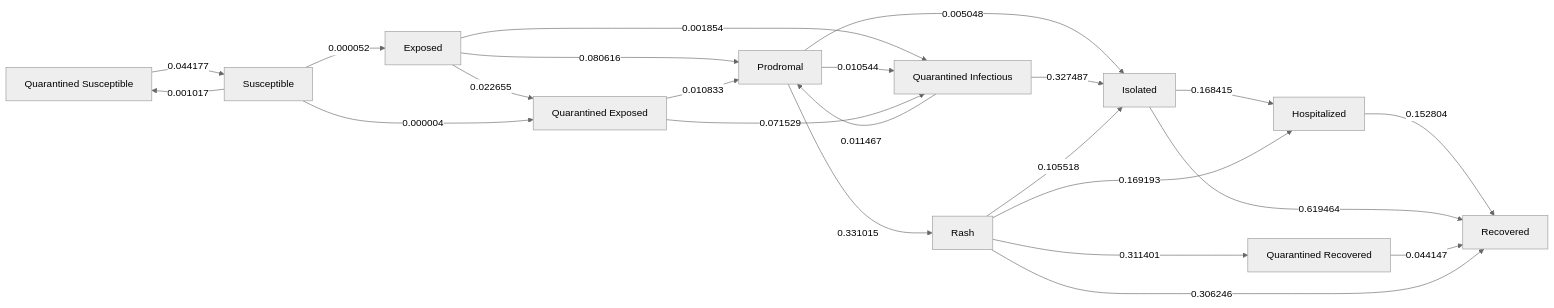
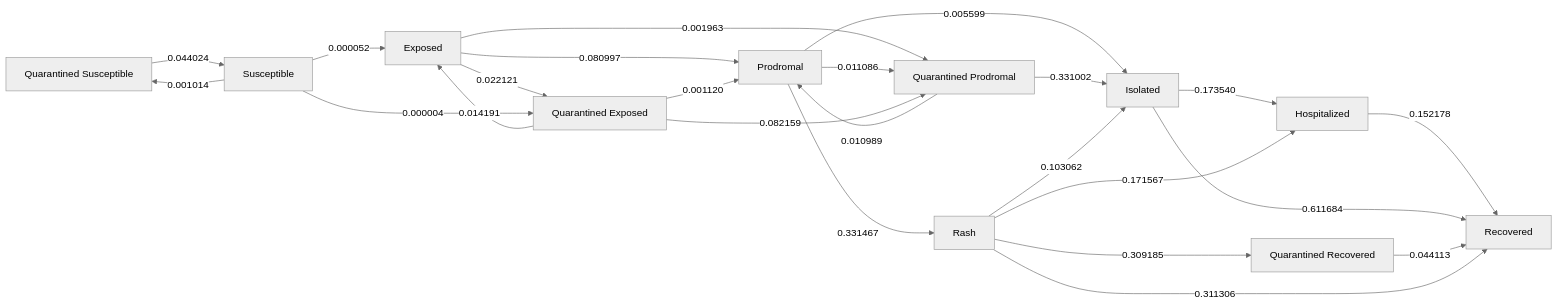
Before and after one commit to EpiForeSITE/epiworld-measles: the diagram in school_quarantine/edgemont_92_npi.md, drawn with Mermaid (neutral theme). The commit also changed other lines of this file and 20 other files, not shown here.

````diff
--- a/school_quarantine/edgemont_92_npi.md
+++ b/school_quarantine/edgemont_92_npi.md
@@ -135,37 +135,38 @@
 ``` mermaid
 flowchart LR
     s0[Exposed]
     s1[Hospitalized]
     s2[Isolated]
     s3[Prodromal]
     s4[Quarantined Exposed]
-    s5[Quarantined Infectious]
+    s5[Quarantined Prodromal]
     s6[Quarantined Recovered]
     s7[Quarantined Susceptible]
     s8[Rash]
     s9[Recovered]
     s10[Susceptible]
-    s0 -->|0.080616| s3
-    s0 -->|0.022655| s4
-    s0 -->|0.001854| s5
-    s1 -->|0.152804| s9
-    s2 -->|0.168415| s1
-    s2 -->|0.619464| s9
-    s3 -->|0.005048| s2
-    s3 -->|0.010544| s5
-    s3 -->|0.331015| s8
-    s4 -->|0.010833| s3
-    s4 -->|0.071529| s5
-    s5 -->|0.327487| s2
-    s5 -->|0.011467| s3
-    s6 -->|0.044147| s9
-    s7 -->|0.044177| s10
-    s8 -->|0.169193| s1
-    s8 -->|0.105518| s2
-    s8 -->|0.311401| s6
-    s8 -->|0.306246| s9
+    s0 -->|0.080997| s3
+    s0 -->|0.022121| s4
+    s0 -->|0.001963| s5
+    s1 -->|0.152178| s9
+    s2 -->|0.173540| s1
+    s2 -->|0.611684| s9
+    s3 -->|0.005599| s2
+    s3 -->|0.011086| s5
+    s3 -->|0.331467| s8
+    s4 -->|0.014191| s0
+    s4 -->|0.001120| s3
+    s4 -->|0.082159| s5
+    s5 -->|0.331002| s2
+    s5 -->|0.010989| s3
+    s6 -->|0.044113| s9
+    s7 -->|0.044024| s10
+    s8 -->|0.171567| s1
+    s8 -->|0.103062| s2
+    s8 -->|0.309185| s6
+    s8 -->|0.311306| s9
     s10 -->|0.000052| s0
     s10 -->|0.000004| s4
-    s10 -->|0.001017| s7
+    s10 -->|0.001014| s7
 
 ```
````
